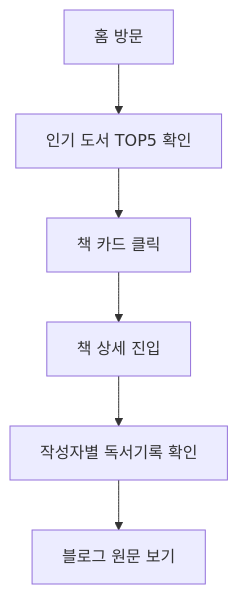
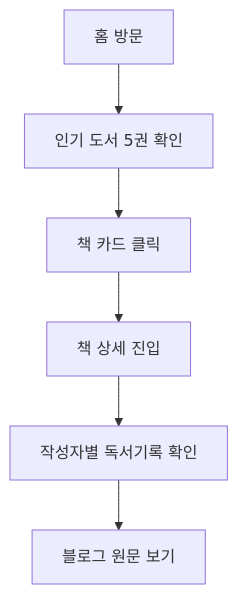
The third of 7 diagrams in docs/prd/PRD_001_Growth_Archive.md (ljh468/growth-archive), drawn with Mermaid before and after one commit. The commit also changed other lines of this file and 9 other files, not shown here.

````diff
--- a/docs/prd/PRD_001_Growth_Archive.md
+++ b/docs/prd/PRD_001_Growth_Archive.md
@@ -1571,8 +1563,8 @@
 ```mermaid
 flowchart TD
-    A[홈 방문] --> B[인기 도서 TOP5 확인]
+    A[홈 방문] --> B[인기 도서 5권 확인]
     B --> C[책 카드 클릭]
     C --> D[책 상세 진입]
     D --> E[작성자별 독서기록 확인]
     E --> F[블로그 원문 보기]
 ```
````
